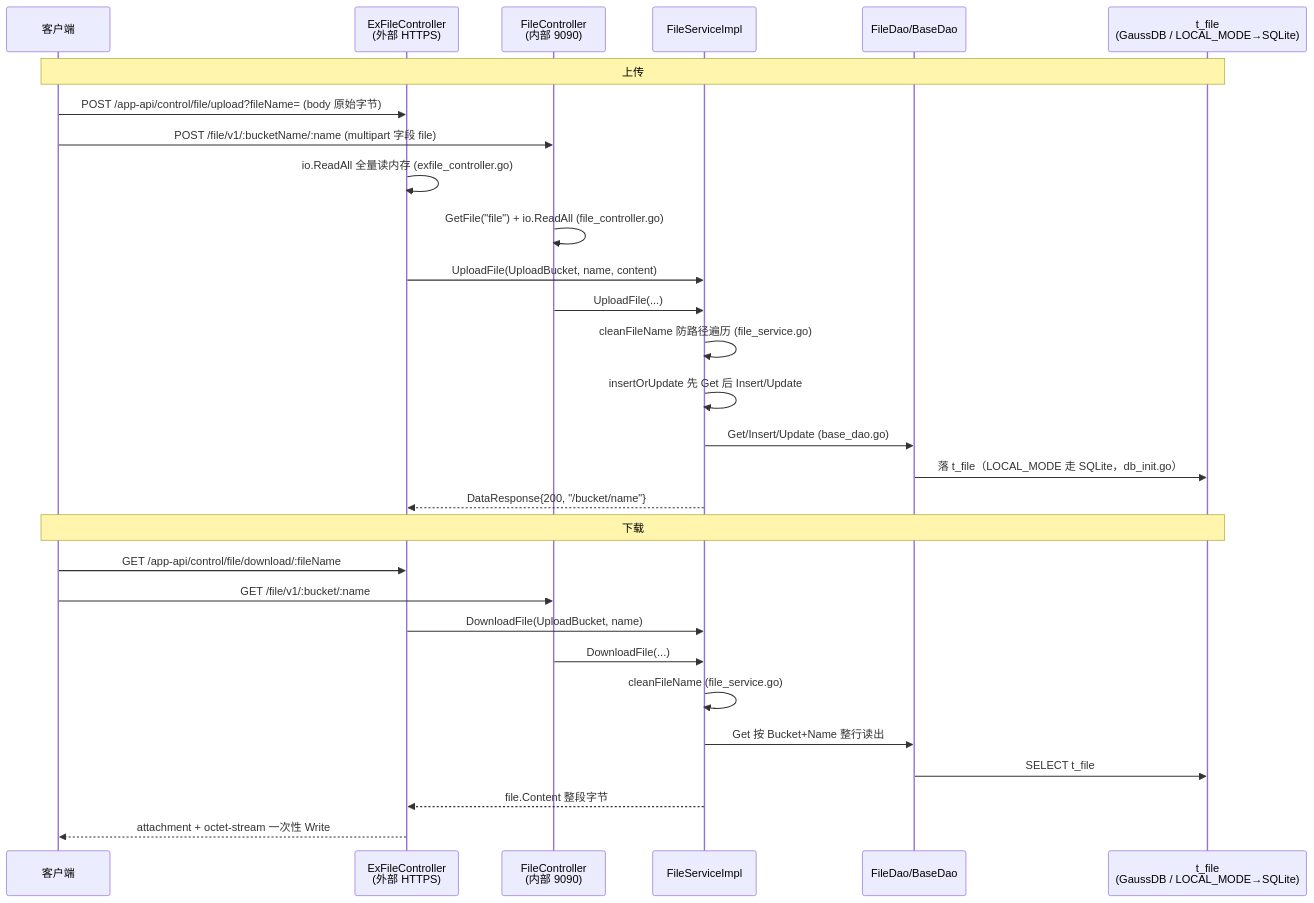
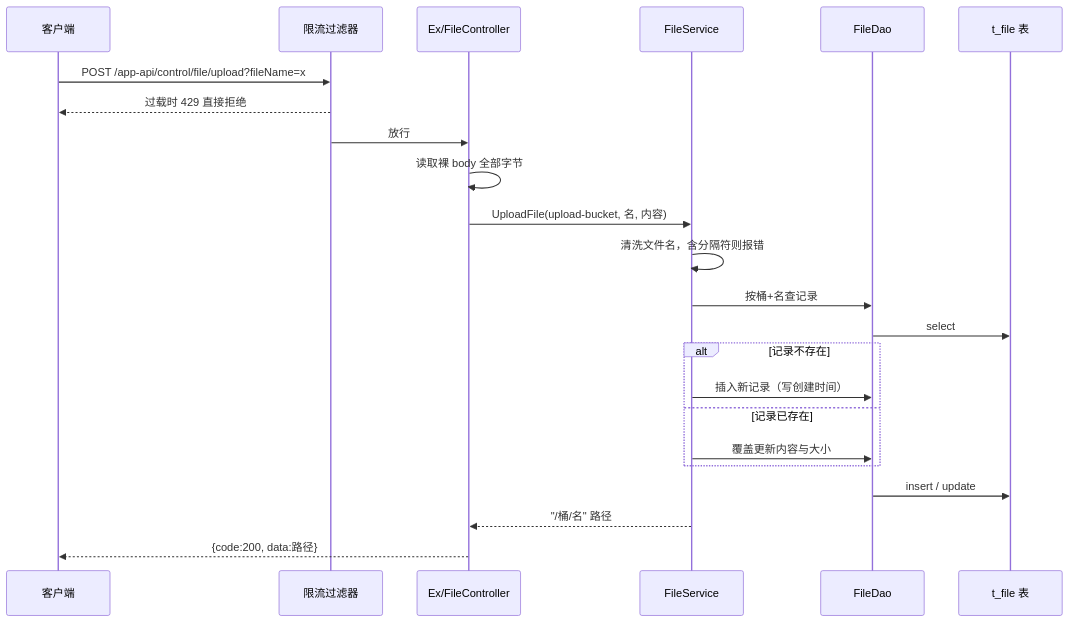
Before and after one commit to CoreGeekASTL/AIAction: the third of 4 diagrams in docs/story/feature-file-manage.md, drawn with Mermaid. The commit also changed other lines of this file and 6 other files, not shown here.

````diff
--- a/docs/story/feature-file-manage.md
+++ b/docs/story/feature-file-manage.md
@@ -126,32 +104,25 @@
 ```mermaid
 sequenceDiagram
-    participant C as 客户端
-    participant E as ExFileController<br/>(外部 HTTPS)
-    participant F as FileController<br/>(内部 9090)
-    participant S as FileServiceImpl
-    participant D as FileDao/BaseDao
-    participant DB as t_file<br/>(GaussDB / LOCAL_MODE→SQLite)
-
-    Note over C,DB: 上传
-    C->>E: POST /app-api/control/file/upload?fileName= (body 原始字节)
-    C->>F: POST /file/v1/:bucketName/:name (multipart 字段 file)
-    E->>E: io.ReadAll 全量读内存 (exfile_controller.go)
-    F->>F: GetFile("file") + io.ReadAll (file_controller.go)
-    E->>S: UploadFile(UploadBucket, name, content)
-    F->>S: UploadFile(...)
-    S->>S: cleanFileName 防路径遍历 (file_service.go)
-    S->>S: insertOrUpdate 先 Get 后 Insert/Update
-    S->>D: Get/Insert/Update (base_dao.go)
-    D->>DB: 落 t_file（LOCAL_MODE 走 SQLite，db_init.go）
-    S-->>E: DataResponse{200, "/bucket/name"}
-    Note over C,DB: 下载
-    C->>E: GET /app-api/control/file/download/:fileName
-    C->>F: GET /file/v1/:bucket/:name
-    E->>S: DownloadFile(UploadBucket, name)
-    F->>S: DownloadFile(...)
-    S->>S: cleanFileName (file_service.go)
-    S->>D: Get 按 Bucket+Name 整行读出
-    D->>DB: SELECT t_file
-    S-->>E: file.Content 整段字节
-    E-->>C: attachment + octet-stream 一次性 Write
+  participant C as 客户端
+  participant F as 限流过滤器
+  participant CC as Ex/FileController
+  participant S as FileService
+  participant D as FileDao
+  participant DB as t_file 表
+  C->>F: POST /app-api/control/file/upload?fileName=x
+  F-->>C: 过载时 429 直接拒绝
+  F->>CC: 放行
+  CC->>CC: 读取裸 body 全部字节
+  CC->>S: UploadFile(upload-bucket, 名, 内容)
+  S->>S: 清洗文件名，含分隔符则报错
+  S->>D: 按桶+名查记录
+  D->>DB: select
+  alt 记录不存在
+    S->>D: 插入新记录（写创建时间）
+  else 记录已存在
+    S->>D: 覆盖更新内容与大小
+  end
+  D->>DB: insert / update
+  S-->>CC: "/桶/名" 路径
+  CC-->>C: {code:200, data:路径}
 ```
````
